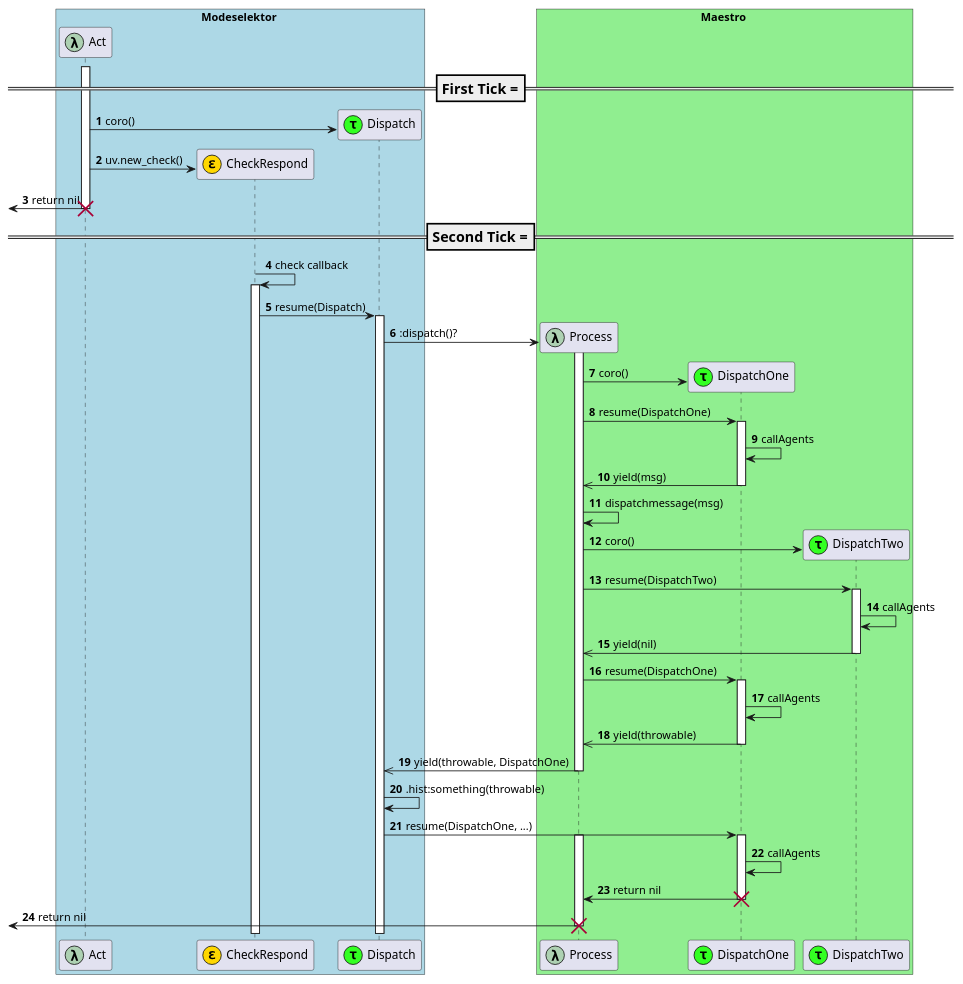
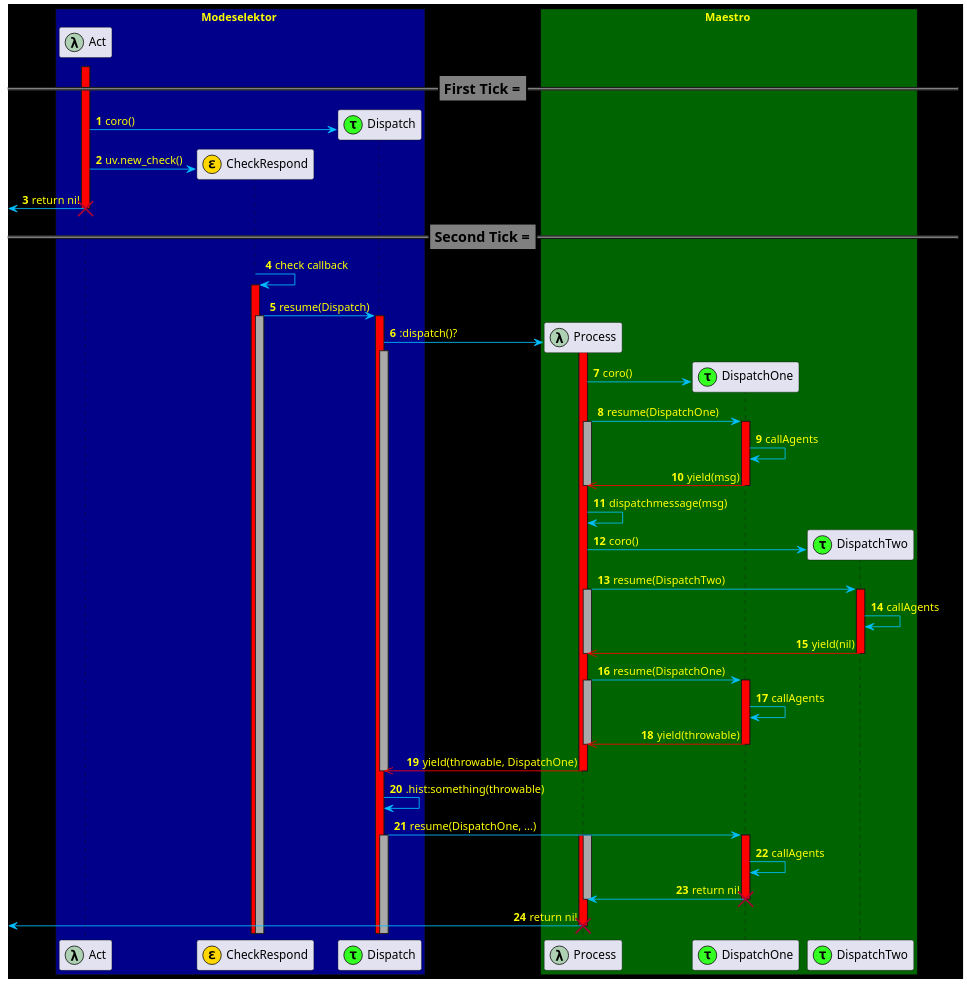
The diagram in etc/plantuml/helm-coro-sequence.plantuml (orb-lang/helm), drawn with PlantUML before and after one commit. The commit also changed 1 other file, not shown here.

Commit message:
Latest plantuml diagram

```diff
--- a/etc/plantuml/helm-coro-sequence.plantuml
+++ b/etc/plantuml/helm-coro-sequence.plantuml
@@ -1,48 +1,76 @@
 @startuml
 autonumber
-box Modeselektor #LightBlue
+'hide footbox
+skinparam sequenceMessageAlign direction
+skinparam backgroundColor black
+
+skinparam arrow {
+   FontColor yellow
+   Color DeepSkyBlue
+}
+
+
+skinparam sequence {
+   DividerBackgroundColor gray
+   LifeLineBackgroundColor red
+   BoxFontColor yellow
+}
+
+box Modeselektor #DarkBlue
 participant Act as modeAct <<(λ,#ADD1B2)>>
 participant CheckRespond as modeResp <<(ε,#FFD700)>>
 participant Dispatch as modeDisp <<(τ, #33FF22)>>
 end box
 
-box Maestro #LightGreen
+box Maestro #DarkGreen
 participant Process as maeProc <<(λ,#ADD1B2)>>
 participant DispatchOne as maeDisp1 <<(τ, #33FF22)>>
 participant DispatchTwo as maeDisp2 <<(τ, #33FF22)>>
 end box
 
 === First Tick ===
 
 activate modeAct
 modeAct -> modeDisp ** : coro()
 modeAct -> modeResp  ** :  uv.new_check()
 [<- modeAct !! : return nil
 
 === Second Tick ===
 
 modeResp -> modeResp ++ : check callback
 modeResp -> modeDisp ++ : resume(Dispatch)
+activate modeResp #DarkGray
 modeDisp -> maeProc ** : :dispatch()?
+activate modeDisp #DarkGray
 activate maeProc
 maeProc -> maeDisp1 ** : coro()
 maeProc -> maeDisp1 ++ : resume(DispatchOne)
+activate maeProc #DarkGray
 maeDisp1 -> maeDisp1  : callAgents
-maeDisp1 ->> maeProc -- : yield(msg)
+maeDisp1 -[#red]>> maeProc -- : yield(msg)
+deactivate maeProc
 maeProc -> maeProc : dispatchmessage(msg)
 maeProc -> maeDisp2 ** : coro()
 maeProc -> maeDisp2 ++ : resume(DispatchTwo)
+activate maeProc #DarkGray
 maeDisp2 -> maeDisp2 : callAgents
-maeDisp2 ->> maeProc -- : yield(nil)
+maeDisp2 -[#red]>> maeProc -- : yield(nil)
+deactivate maeProc
 maeProc -> maeDisp1 ++ : resume(DispatchOne)
+activate maeProc #DarkGray
 maeDisp1 -> maeDisp1  : callAgents
-maeDisp1 ->> maeProc -- : yield(throwable)
-maeProc ->> modeDisp -- : yield(throwable, DispatchOne)
+maeDisp1 -[#red]>> maeProc -- : yield(throwable)
+deactivate maeProc
+maeProc -[#red]>> modeDisp -- : yield(throwable, DispatchOne)
+deactivate modeDisp
 modeDisp -> modeDisp : .hist:something(throwable)
 modeDisp -> maeDisp1 ++ : resume(DispatchOne, ...)
+activate modeDisp #DarkGray
 activate maeProc
+activate maeProc #DarkGray
 maeDisp1 -> maeDisp1  : callAgents
 maeDisp1 -> maeProc : return nil
+deactivate maeProc
 destroy maeDisp1
 [<- maeProc !! : return nil
 @enduml
```
